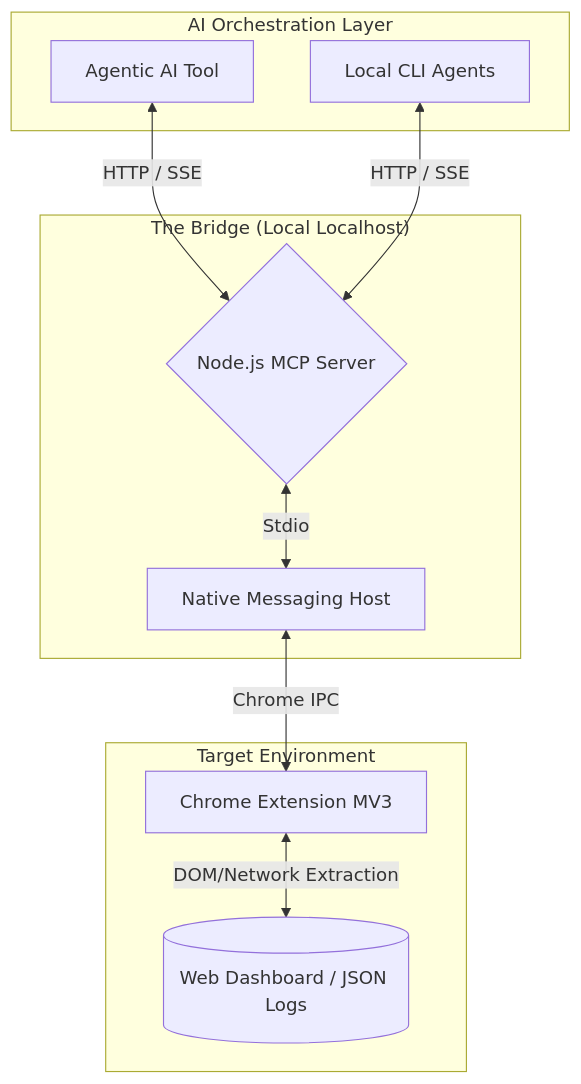
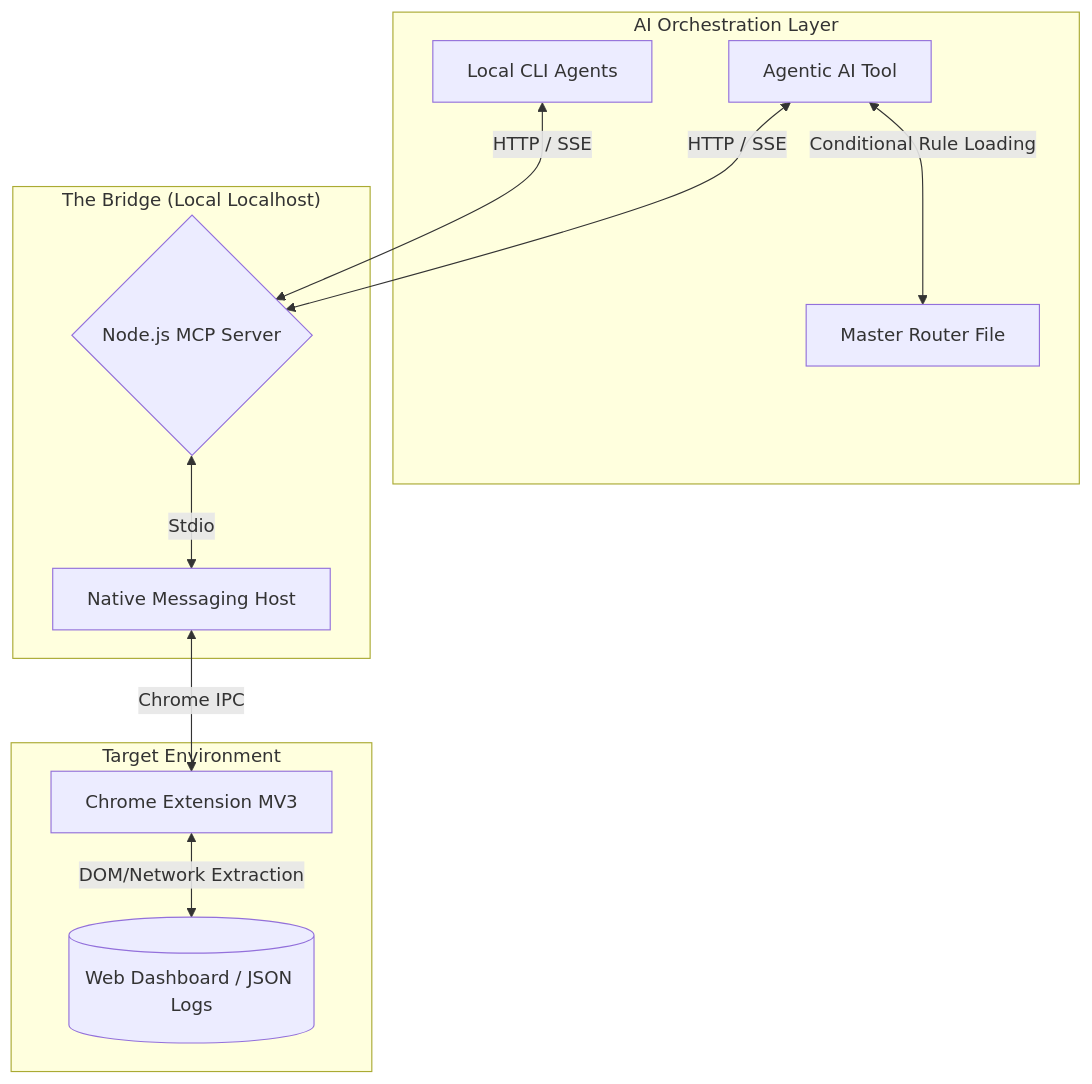
Before and after one commit to avizmarlon/autonomous-mcp-agent-architecture: the diagram in README.md, drawn with Mermaid. The commit also changed other lines of this file, not shown here.

First line of the commit message:
docs: add lazy-loading system prompts section

````diff
--- a/README.md
+++ b/README.md
@@ -17,23 +17,25 @@
 ```mermaid
 graph TD
     subgraph "AI Orchestration Layer"
         A[Agentic AI Tool]
         B[Local CLI Agents]
+        R[Master Router File]
     end
 
     subgraph "The Bridge (Local Localhost)"
         C{Node.js MCP Server}
         D[Native Messaging Host]
     end
 
     subgraph "Target Environment"
         E[Chrome Extension MV3]
         F[(Web Dashboard / JSON Logs)]
     end
 
+    A <-->|Conditional Rule Loading| R
     A <-->|HTTP / SSE| C
     B <-->|HTTP / SSE| C
     C <-->|Stdio| D
     D <-->|Chrome IPC| E
     E <-->|DOM/Network Extraction| F
 ```
````
